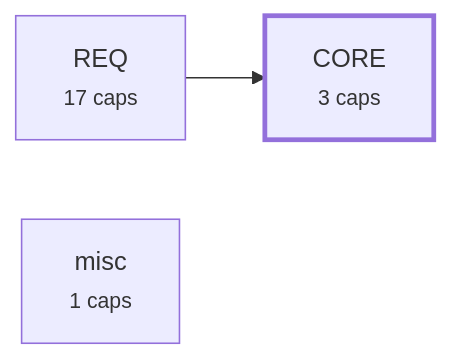
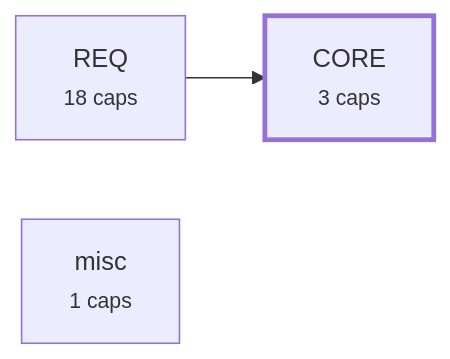
The third of 4 diagrams in plugin/requirements/_map.md (alxmax/Requirement-manager), drawn with Mermaid before and after one commit. The commit also changed other lines of this file and 7 other files, not shown here.

````diff
--- a/plugin/requirements/_map.md
+++ b/plugin/requirements/_map.md
@@ -168,8 +175,8 @@
 ```mermaid
 graph LR
   a_CORE["CORE<br><small>3 caps</small>"]
-  a_REQ["REQ<br><small>17 caps</small>"]
+  a_REQ["REQ<br><small>18 caps</small>"]
   a_misc["misc<br><small>1 caps</small>"]
   a_REQ --> a_CORE
   style a_CORE stroke-width:3px
 ```
````
